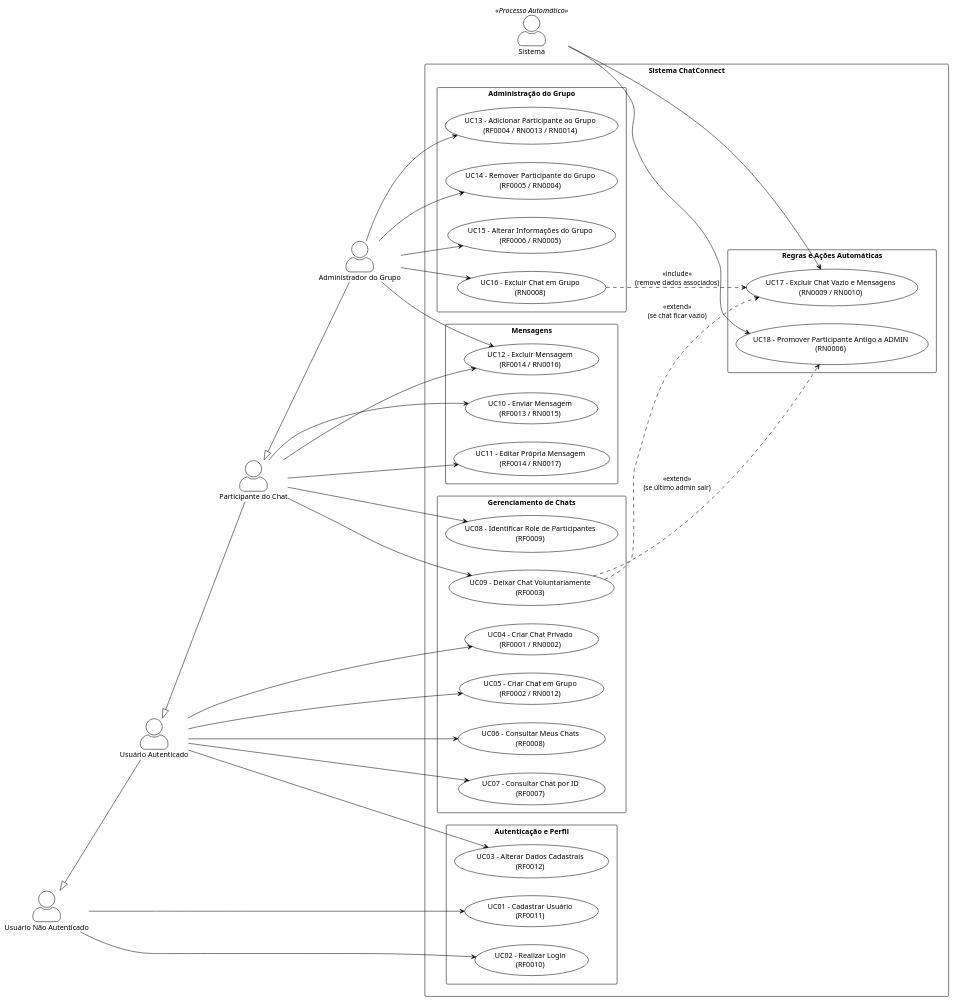
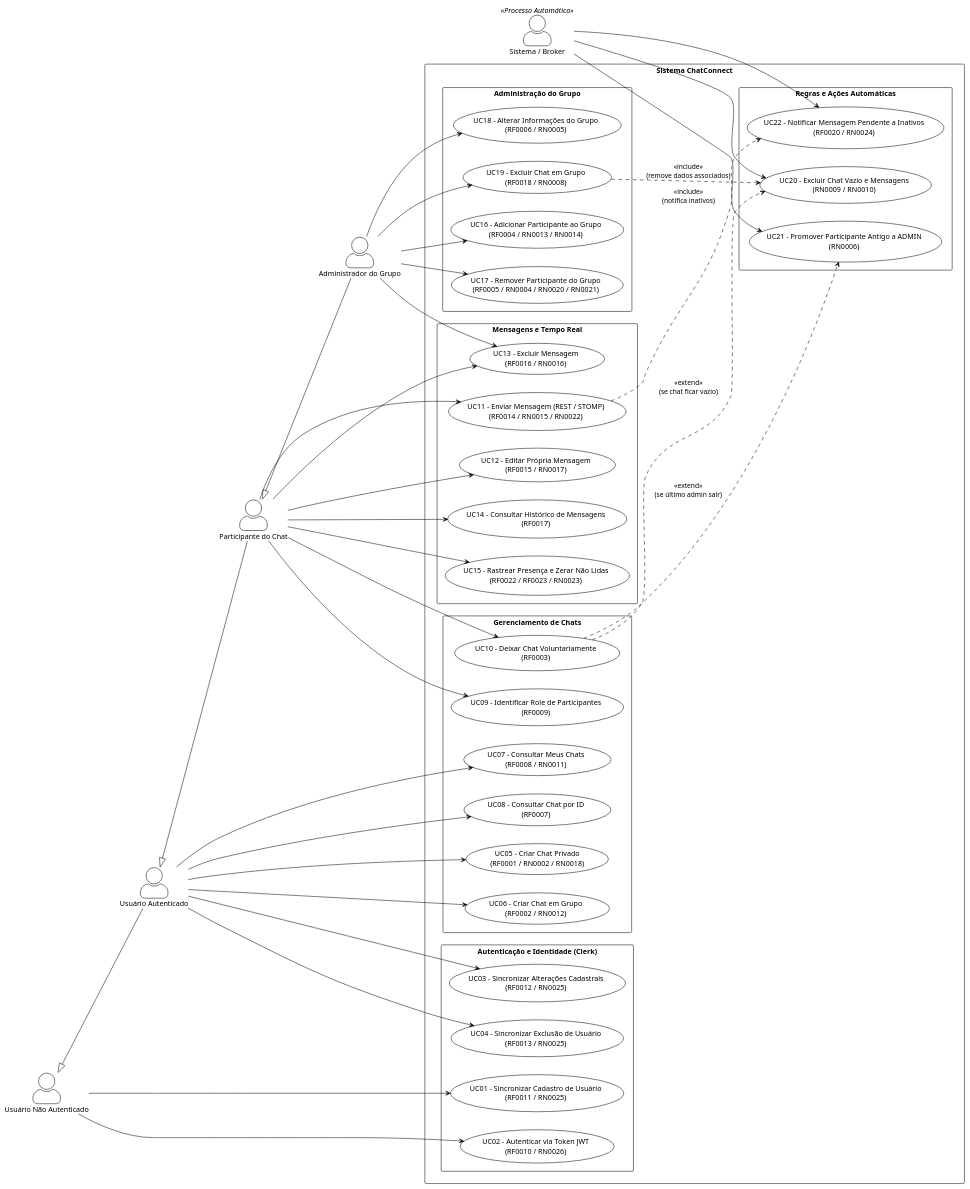
One commit to EderH3nr963/chatConnectSpring changed the diagram in docs/diagrams/use-case-diagram.puml. Above: the diagram before and after it, drawn with PlantUML. The commit also changed 50 other files, not shown here.

```diff
--- a/docs/diagrams/use-case-diagram.puml
+++ b/docs/diagrams/use-case-diagram.puml
@@ -1,92 +1,101 @@
 @startuml Diagrama_Casos_de_Uso_ChatConnect
 !theme plain
 left to right direction
 skinparam packageStyle rectangle
 skinparam shadowing false
 skinparam actorStyle awesome
 
 ' Definição dos Atores
 actor "Usuário Não Autenticado" as Guest
 actor "Usuário Autenticado" as User
 actor "Participante do Chat" as Participant
 actor "Administrador do Grupo" as Admin
-actor "Sistema" as System << Processo Automático >>
+actor "Sistema / Broker" as System << Processo Automático >>
 
 ' Especialização/Herança dos Atores
 User -up-|> Guest
 Participant -up-|> User
 Admin -up-|> Participant
 
 rectangle "Sistema ChatConnect" {
 
-    package "Autenticação e Perfil" {
-        usecase "UC01 - Cadastrar Usuário\n(RF0011)" as UC01
-        usecase "UC02 - Realizar Login\n(RF0010)" as UC02
-        usecase "UC03 - Alterar Dados Cadastrais\n(RF0012)" as UC03
+    package "Autenticação e Identidade (Clerk)" {
+        usecase "UC01 - Sincronizar Cadastro de Usuário\n(RF0011 / RN0025)" as UC01
+        usecase "UC02 - Autenticar via Token JWT\n(RF0010 / RN0026)" as UC02
+        usecase "UC03 - Sincronizar Alterações Cadastrais\n(RF0012 / RN0025)" as UC03
+        usecase "UC04 - Sincronizar Exclusão de Usuário\n(RF0013 / RN0025)" as UC04
     }
 
     package "Gerenciamento de Chats" {
-        usecase "UC04 - Criar Chat Privado\n(RF0001 / RN0002)" as UC04
-        usecase "UC05 - Criar Chat em Grupo\n(RF0002 / RN0012)" as UC05
-        usecase "UC06 - Consultar Meus Chats\n(RF0008)" as UC06
-        usecase "UC07 - Consultar Chat por ID\n(RF0007)" as UC07
-        usecase "UC08 - Identificar Role de Participantes\n(RF0009)" as UC08
-        usecase "UC09 - Deixar Chat Voluntariamente\n(RF0003)" as UC09
+        usecase "UC05 - Criar Chat Privado\n(RF0001 / RN0002 / RN0018)" as UC05
+        usecase "UC06 - Criar Chat em Grupo\n(RF0002 / RN0012)" as UC06
+        usecase "UC07 - Consultar Meus Chats\n(RF0008 / RN0011)" as UC07
+        usecase "UC08 - Consultar Chat por ID\n(RF0007)" as UC08
+        usecase "UC09 - Identificar Role de Participantes\n(RF0009)" as UC09
+        usecase "UC10 - Deixar Chat Voluntariamente\n(RF0003)" as UC10
     }
 
-    package "Mensagens" {
-        usecase "UC10 - Enviar Mensagem\n(RF0013 / RN0015)" as UC10
-        usecase "UC11 - Editar Própria Mensagem\n(RF0014 / RN0017)" as UC11
-        usecase "UC12 - Excluir Mensagem\n(RF0014 / RN0016)" as UC12
+    package "Mensagens e Tempo Real" {
+        usecase "UC11 - Enviar Mensagem (REST / STOMP)\n(RF0014 / RN0015 / RN0022)" as UC11
+        usecase "UC12 - Editar Própria Mensagem\n(RF0015 / RN0017)" as UC12
+        usecase "UC13 - Excluir Mensagem\n(RF0016 / RN0016)" as UC13
+        usecase "UC14 - Consultar Histórico de Mensagens\n(RF0017)" as UC14
+        usecase "UC15 - Rastrear Presença e Zerar Não Lidas\n(RF0022 / RF0023 / RN0023)" as UC15
     }
 
     package "Administração do Grupo" {
-        usecase "UC13 - Adicionar Participante ao Grupo\n(RF0004 / RN0013 / RN0014)" as UC13
-        usecase "UC14 - Remover Participante do Grupo\n(RF0005 / RN0004)" as UC14
-        usecase "UC15 - Alterar Informações do Grupo\n(RF0006 / RN0005)" as UC15
-        usecase "UC16 - Excluir Chat em Grupo\n(RN0008)" as UC16
+        usecase "UC16 - Adicionar Participante ao Grupo\n(RF0004 / RN0013 / RN0014)" as UC16
+        usecase "UC17 - Remover Participante do Grupo\n(RF0005 / RN0004 / RN0020 / RN0021)" as UC17
+        usecase "UC18 - Alterar Informações do Grupo\n(RF0006 / RN0005)" as UC18
+        usecase "UC19 - Excluir Chat em Grupo\n(RF0018 / RN0008)" as UC19
     }
 
     package "Regras e Ações Automáticas" {
-        usecase "UC17 - Excluir Chat Vazio e Mensagens\n(RN0009 / RN0010)" as UC17
-        usecase "UC18 - Promover Participante Antigo a ADMIN\n(RN0006)" as UC18
+        usecase "UC20 - Excluir Chat Vazio e Mensagens\n(RN0009 / RN0010)" as UC20
+        usecase "UC21 - Promover Participante Antigo a ADMIN\n(RN0006)" as UC21
+        usecase "UC22 - Notificar Mensagem Pendente a Inativos\n(RF0020 / RN0024)" as UC22
     }
 }
 
 ' Associação de Atores aos Casos de Uso
 
-' 1. Usuário Não Autenticado
+' 1. Provedor de Identidade / Visitante
 Guest --> UC01
 Guest --> UC02
 
 ' 2. Usuário Autenticado
 User --> UC03
 User --> UC04
 User --> UC05
 User --> UC06
 User --> UC07
+User --> UC08
 
 ' 3. Participante do Chat
-Participant --> UC08
 Participant --> UC09
 Participant --> UC10
 Participant --> UC11
 Participant --> UC12
+Participant --> UC13
+Participant --> UC14
+Participant --> UC15
 
 ' 4. Administrador do Grupo
+Admin --> UC16
+Admin --> UC17
+Admin --> UC18
+Admin --> UC19
 Admin --> UC13
-Admin --> UC14
-Admin --> UC15
-Admin --> UC16
-Admin --> UC12
 
-' 5. Sistema (Processamento interno / regras de saída)
-System --> UC17
-System --> UC18
+' 5. Sistema / Broker em background
+System --> UC20
+System --> UC21
+System --> UC22
 
 ' Relacionamentos de Extensão / Inclusão
-UC09 ..> UC18 : <<extend>>\n(se último admin sair)
-UC09 ..> UC17 : <<extend>>\n(se chat ficar vazio)
-UC16 ..> UC17 : <<include>>\n(remove dados associados)
+UC10 ..> UC21 : <<extend>>\n(se último admin sair)
+UC10 ..> UC20 : <<extend>>\n(se chat ficar vazio)
+UC19 ..> UC20 : <<include>>\n(remove dados associados)
+UC11 ..> UC22 : <<include>>\n(notifica inativos)
 
 @enduml
```
